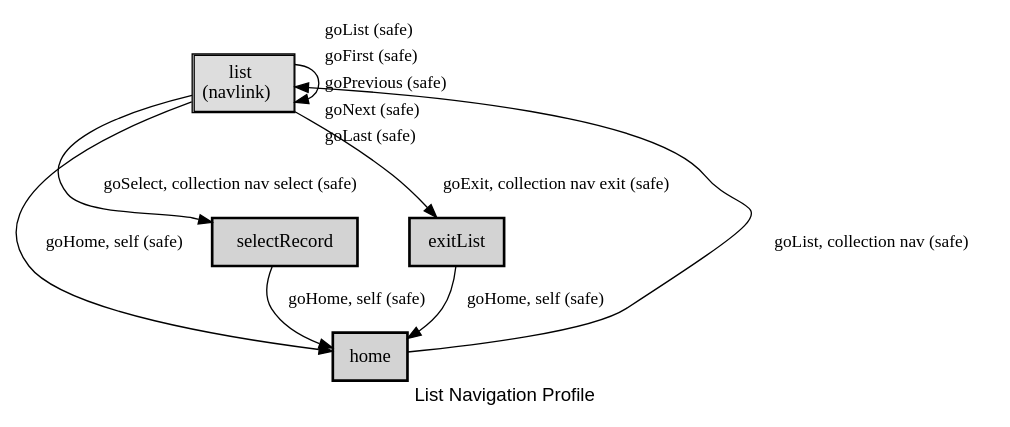
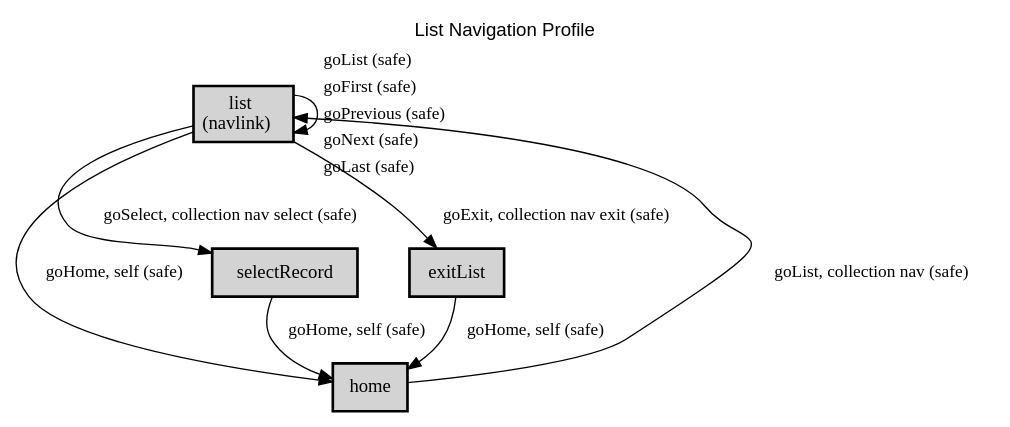
One commit to webapicookbook/alps-documents changed the diagram in docs/list/list.dot. Above: the diagram before and after it, drawn with Graphviz. The commit also changed 67 other files, not shown here.

Commit message:
update diagrams

```diff
--- a/docs/list/list.dot
+++ b/docs/list/list.dot
@@ -1,24 +1,24 @@
 digraph application_state_diagram {
   graph [
-    labelloc="b";
+    labelloc="t";
     fontname="Helvetica"
     label="List Navigation Profile";
     URL="index.html" target="_parent"
   ];
-  node [shape = box, style = "bold,filled"];
+  node [shape = box, style = "bold,filled" fillcolor="lightgray"];
 
-    list [style=solid, margin=0.02, label=<<table cellspacing="0" cellpadding="5" cellborder="1" border="0"><tr><td bgcolor="#dddddd">list<br />(navlink)<br /></td></tr></table>>,shape=box URL="docs/semantic.list.html" target="_parent"]
+    list [margin=0.02, label=<<table cellspacing="0" cellpadding="5" border="0"><tr><td>list<br />(navlink)<br /></td></tr></table>>,shape=box URL="docs/semantic.list.html" target="_parent"]
 
     home -> list [label = "goList, collection nav (safe)" URL="docs/safe.goList.html" target="_parent" fontsize=13];
     selectRecord -> home [label = "goHome, self (safe)" URL="docs/safe.goHome.html" target="_parent" fontsize=13];
     exitList -> home [label = "goHome, self (safe)" URL="docs/safe.goHome.html" target="_parent" fontsize=13];
     list -> list [label=<<table  border="0"><tr><td align="left" href="docs/safe.goList.html">goList (safe)</td></tr><tr><td align="left" href="docs/safe.goFirst.html">goFirst (safe)</td></tr><tr><td align="left" href="docs/safe.goPrevious.html">goPrevious (safe)</td></tr><tr><td align="left" href="docs/safe.goNext.html">goNext (safe)</td></tr><tr><td align="left" href="docs/safe.goLast.html">goLast (safe)</td></tr></table>> fontsize=13];
     list -> selectRecord [label = "goSelect, collection nav select (safe)" URL="docs/safe.goSelect.html" target="_parent" fontsize=13];
     list -> exitList [label = "goExit, collection nav exit (safe)" URL="docs/safe.goExit.html" target="_parent" fontsize=13];
     list -> home [label = "goHome, self (safe)" URL="docs/safe.goHome.html" target="_parent" fontsize=13];
 
     home [URL="docs/semantic.home.html" target="_parent"]
     selectRecord [URL="docs/semantic.selectRecord.html" target="_parent"]
     exitList [URL="docs/semantic.exitList.html" target="_parent"]
 
 }
```
